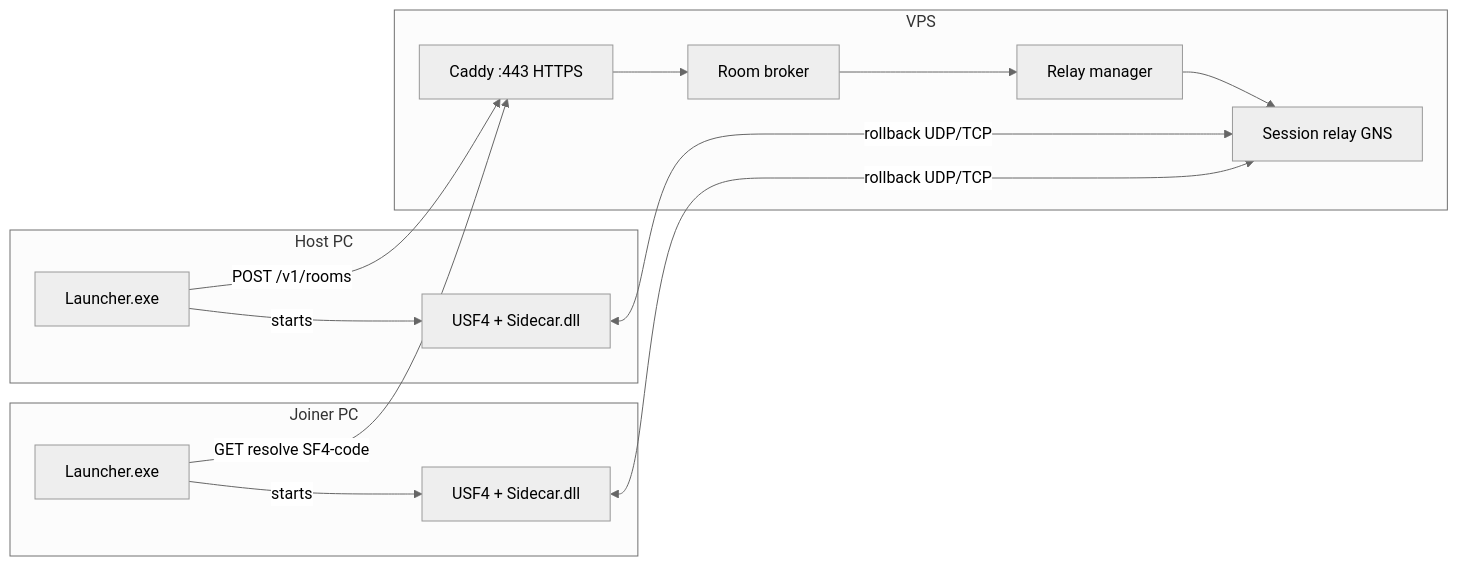
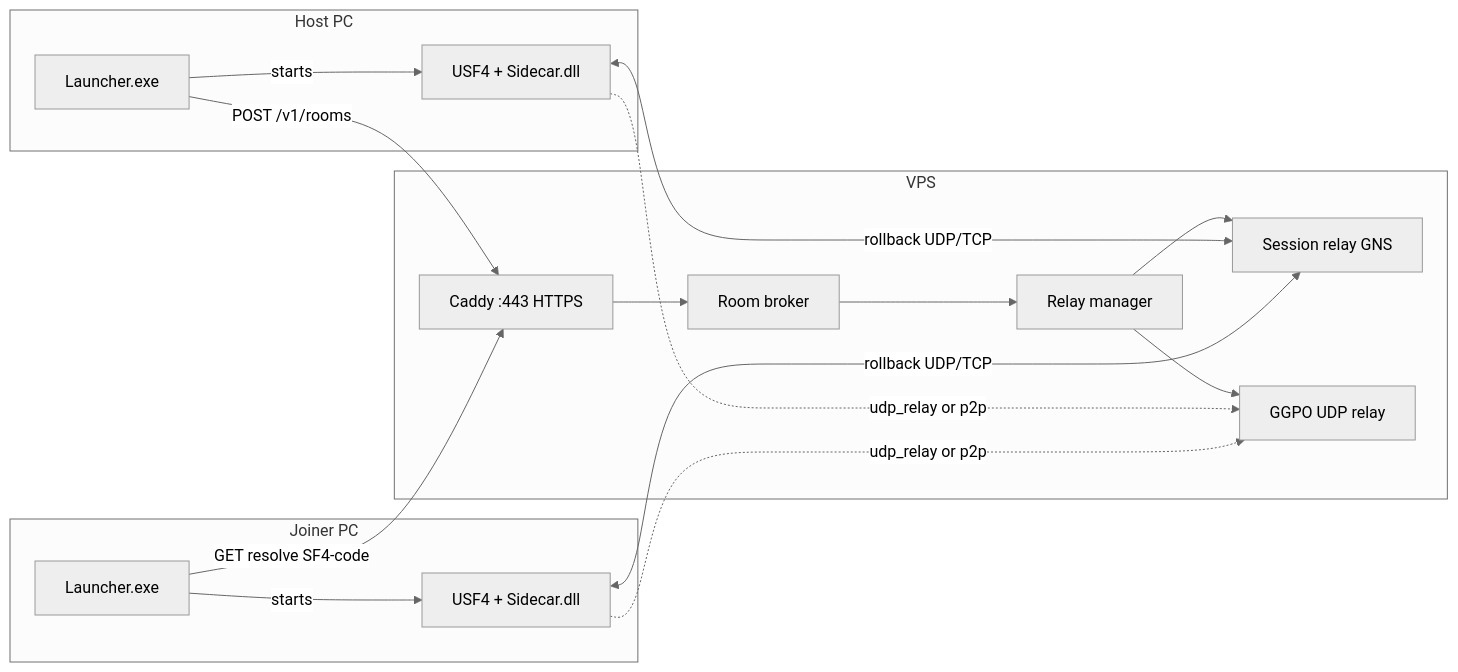
Before and after one commit to Confetti3/SF4-Ember-Netplay: the first of 2 diagrams in README.md, drawn with Mermaid (neutral theme). The commit also changed other lines of this file and 1 other file, not shown here.

````diff
--- a/README.md
+++ b/README.md
@@ -17,29 +17,33 @@
 ```mermaid
 flowchart LR
   subgraph hostPC [Host PC]
     LH[Launcher.exe]
     GH[USF4 + Sidecar.dll]
     LH -->|starts| GH
   end
 
   subgraph joinPC [Joiner PC]
     LJ[Launcher.exe]
     GJ[USF4 + Sidecar.dll]
     LJ -->|starts| GJ
   end
 
   subgraph vps [VPS]
     CY[Caddy :443 HTTPS]
     BR[Room broker]
     RM[Relay manager]
     RL[Session relay GNS]
+    GR[GGPO UDP relay]
     CY --> BR
     BR --> RM
     RM --> RL
+    RM --> GR
   end
 
   LH -->|POST /v1/rooms| CY
   LJ -->|GET resolve SF4-code| CY
   GH <-->|rollback UDP/TCP| RL
   GJ <-->|rollback UDP/TCP| RL
+  GH -.->|udp_relay or p2p| GR
+  GJ -.->|udp_relay or p2p| GR
 ```
````
